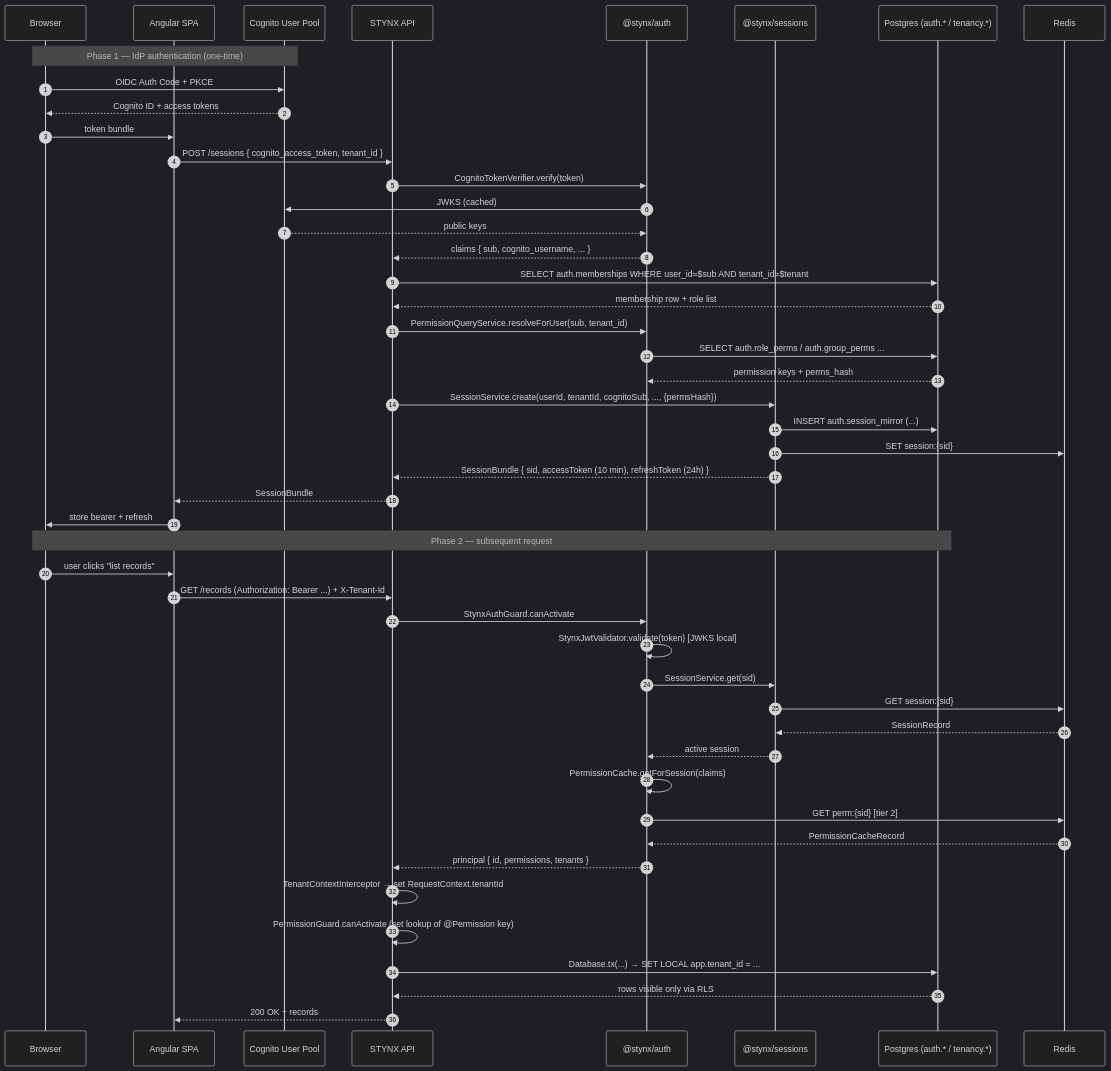
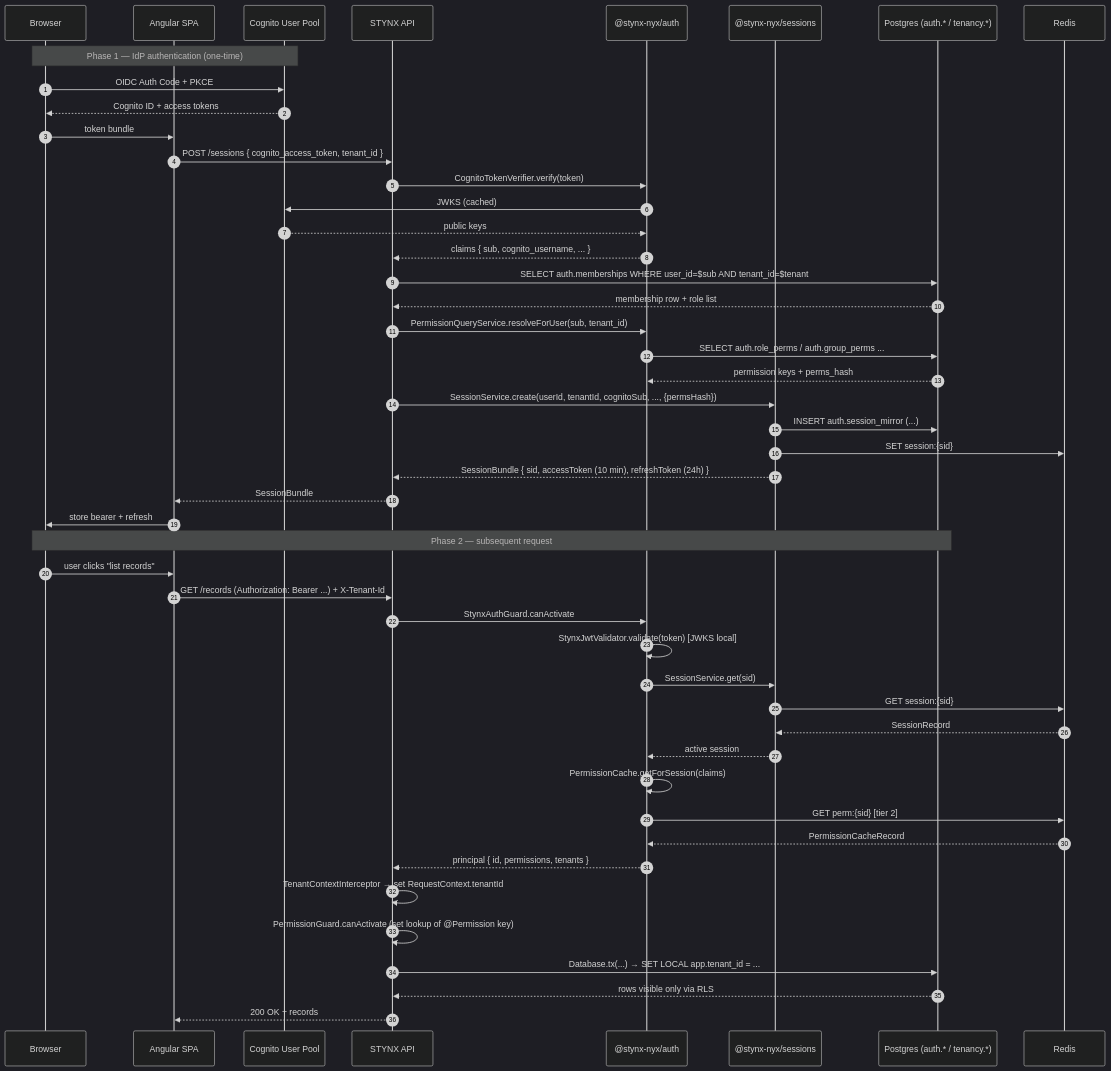
One commit to stynx-nyx/stynx changed the diagram in docs/adopters/stynx/porting-pack/07-AUTH-AND-TENANCY-PATTERNS.md. Above: the diagram before and after it, drawn with Mermaid (dark theme). The commit also changed other lines of this file and 1945 other files, not shown here.

First line of the commit message:
chore(scope): rename @stynx/* → @stynx-nyx/* for GitHub Packages org publish (#128)

````diff
--- a/docs/adopters/stynx/porting-pack/07-AUTH-AND-TENANCY-PATTERNS.md
+++ b/docs/adopters/stynx/porting-pack/07-AUTH-AND-TENANCY-PATTERNS.md
@@ -935,52 +935,52 @@
 ```mermaid
 sequenceDiagram
     autonumber
     participant Browser
     participant SPA as Angular SPA
     participant Cognito as Cognito User Pool
     participant API as STYNX API
-    participant Auth as @stynx/auth
-    participant Sessions as @stynx/sessions
+    participant Auth as @stynx-nyx/auth
+    participant Sessions as @stynx-nyx/sessions
     participant DB as Postgres (auth.* / tenancy.*)
     participant Redis as Redis
 
     Note over Browser,Cognito: Phase 1 — IdP authentication (one-time)
     Browser->>Cognito: OIDC Auth Code + PKCE
     Cognito-->>Browser: Cognito ID + access tokens
     Browser->>SPA: token bundle
     SPA->>API: POST /sessions { cognito_access_token, tenant_id }
     API->>Auth: CognitoTokenVerifier.verify(token)
     Auth->>Cognito: JWKS (cached)
     Cognito-->>Auth: public keys
     Auth-->>API: claims { sub, cognito_username, ... }
     API->>DB: SELECT auth.memberships WHERE user_id=$sub AND tenant_id=$tenant
     DB-->>API: membership row + role list
     API->>Auth: PermissionQueryService.resolveForUser(sub, tenant_id)
     Auth->>DB: SELECT auth.role_perms / auth.group_perms ...
     DB-->>Auth: permission keys + perms_hash
     API->>Sessions: SessionService.create(userId, tenantId, cognitoSub, ..., {permsHash})
     Sessions->>DB: INSERT auth.session_mirror (...)
     Sessions->>Redis: SET session:{sid}
     Sessions-->>API: SessionBundle { sid, accessToken (10 min), refreshToken (24h) }
     API-->>SPA: SessionBundle
     SPA->>Browser: store bearer + refresh
 
     Note over Browser,DB: Phase 2 — subsequent request
     Browser->>SPA: user clicks "list records"
     SPA->>API: GET /records (Authorization: Bearer ...) + X-Tenant-Id
     API->>Auth: StynxAuthGuard.canActivate
     Auth->>Auth: StynxJwtValidator.validate(token) [JWKS local]
     Auth->>Sessions: SessionService.get(sid)
     Sessions->>Redis: GET session:{sid}
     Redis-->>Sessions: SessionRecord
     Sessions-->>Auth: active session
     Auth->>Auth: PermissionCache.getForSession(claims)
     Auth->>Redis: GET perm:{sid}  [tier 2]
     Redis-->>Auth: PermissionCacheRecord
     Auth-->>API: principal { id, permissions, tenants }
     API->>API: TenantContextInterceptor → set RequestContext.tenantId
     API->>API: PermissionGuard.canActivate (set lookup of @Permission key)
     API->>DB: Database.tx(...) → SET LOCAL app.tenant_id = ...
     DB-->>API: rows visible only via RLS
     API-->>SPA: 200 OK + records
 ```
````
